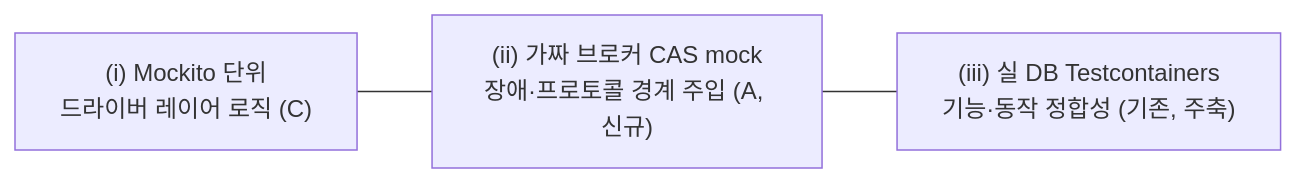
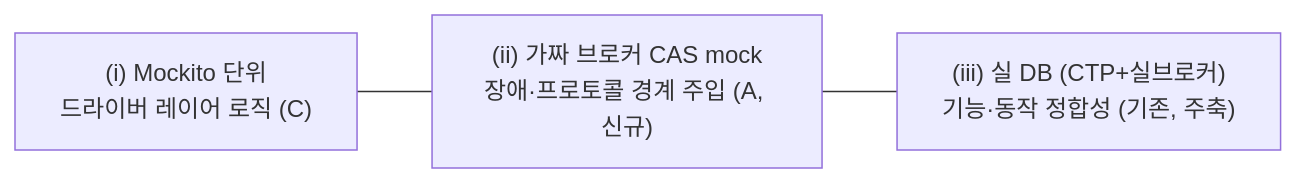
Before and after one commit to Srltas/work-docs: the second of 2 diagrams in analysis/2026-07-14-cas-mock-fake-broker.md, drawn with Mermaid. The commit also changed other lines of this file, not shown here.

Commit message:
note(analysis): CAS mock 문서 정정 — CTP 실행모델 반영(brokerVersion 게이트·JUnit4 제약·Testcontainers 부재)

````diff
--- a/analysis/2026-07-14-cas-mock-fake-broker.md
+++ b/analysis/2026-07-14-cas-mock-fake-broker.md
@@ -81,7 +90,7 @@
 ```mermaid
 flowchart LR
   L1["(i) Mockito 단위<br/>드라이버 레이어 로직 (C)"]
   L2["(ii) 가짜 브로커 CAS mock<br/>장애·프로토콜 경계 주입 (A, 신규)"]
-  L3["(iii) 실 DB Testcontainers<br/>기능·동작 정합성 (기존, 주축)"]
+  L3["(iii) 실 DB (CTP+실브로커)<br/>기능·동작 정합성 (기존, 주축)"]
   L1 --- L2 --- L3
 ```
````
